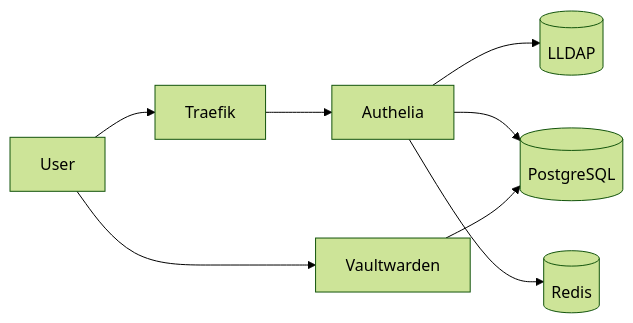
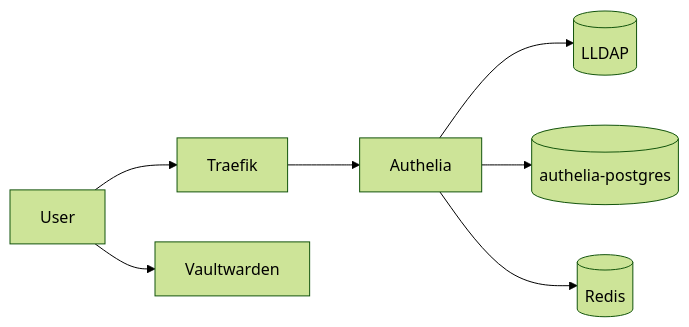
Before and after one commit to yggdrasil-lab/cerberus: the diagram in README.md, drawn with Mermaid (forest theme).

Commit message:
fix: remove bogus Vaultwarden->Postgres edge, rename node to authelia-postgres
Vaultwarden uses SQLite internally and has no PostgreSQL dependency.
The edge was a copy-paste artifact from the slim-down. Node renamed
from generic 'PostgreSQL' to 'authelia-postgres' to match the compose service name.

````diff
--- a/README.md
+++ b/README.md
@@ -5,10 +5,9 @@
 ```mermaid
 flowchart LR
     User --> Traefik
     Traefik --> Authelia
     Authelia --> LLDAP[(LLDAP)]
-    Authelia --> Postgres[(PostgreSQL)]
+    Authelia --> Postgres[(authelia-postgres)]
     Authelia --> Redis[(Redis)]
     User --> Vaultwarden
-    Vaultwarden --> Postgres
 ```
````
